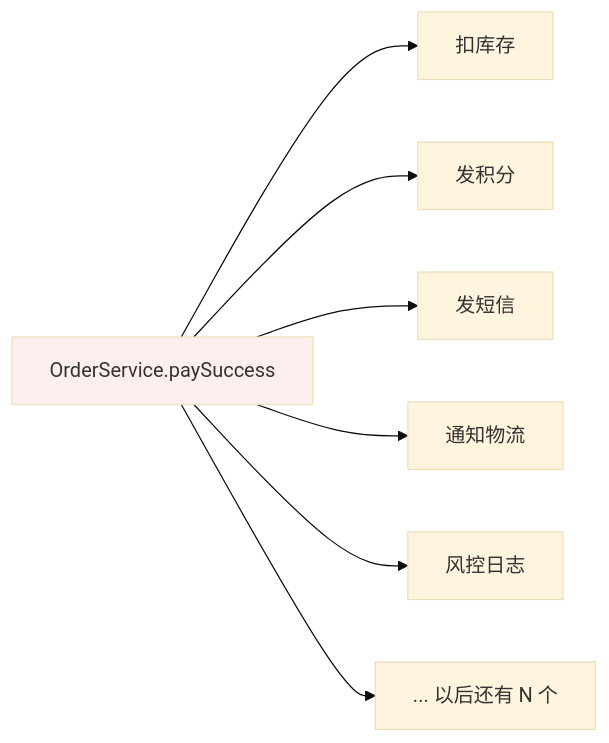
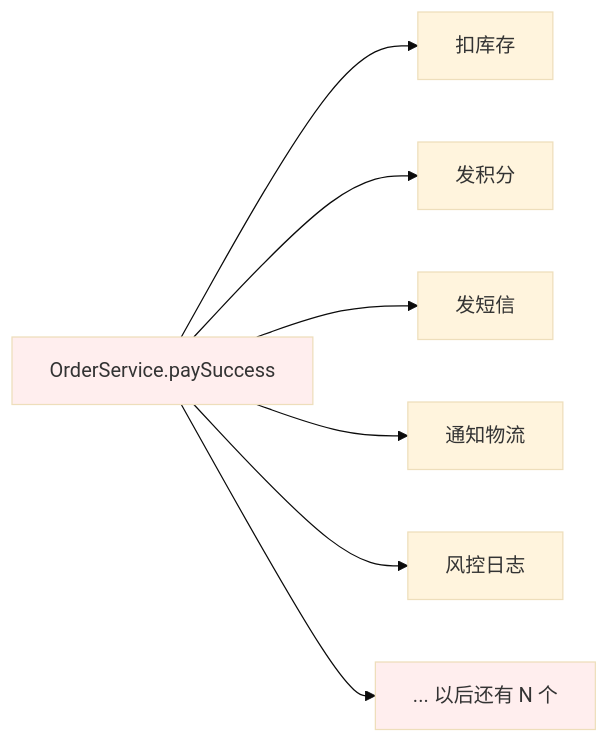
One commit to chongyang211/YCBookBlog changed the first of 6 diagrams in docs/08.编程/03.巧学设计模式/13.观察者模式设计思想.md. Above: the diagram before and after it, drawn with Mermaid (base theme). The commit also changed other lines of this file and 4 other files, not shown here.

````diff
--- a/docs/08.编程/03.巧学设计模式/13.观察者模式设计思想.md
+++ b/docs/08.编程/03.巧学设计模式/13.观察者模式设计思想.md
@@ -142,10 +189,11 @@
 ```mermaid
 flowchart LR
     Pay[OrderService.paySuccess] --> I[扣库存]
     Pay --> P[发积分]
     Pay --> S[发短信]
     Pay --> L[通知物流]
     Pay --> R[风控日志]
     Pay --> More[... 以后还有 N 个]
     style Pay fill:#fee
+    style More fill:#fee
 ```
````
